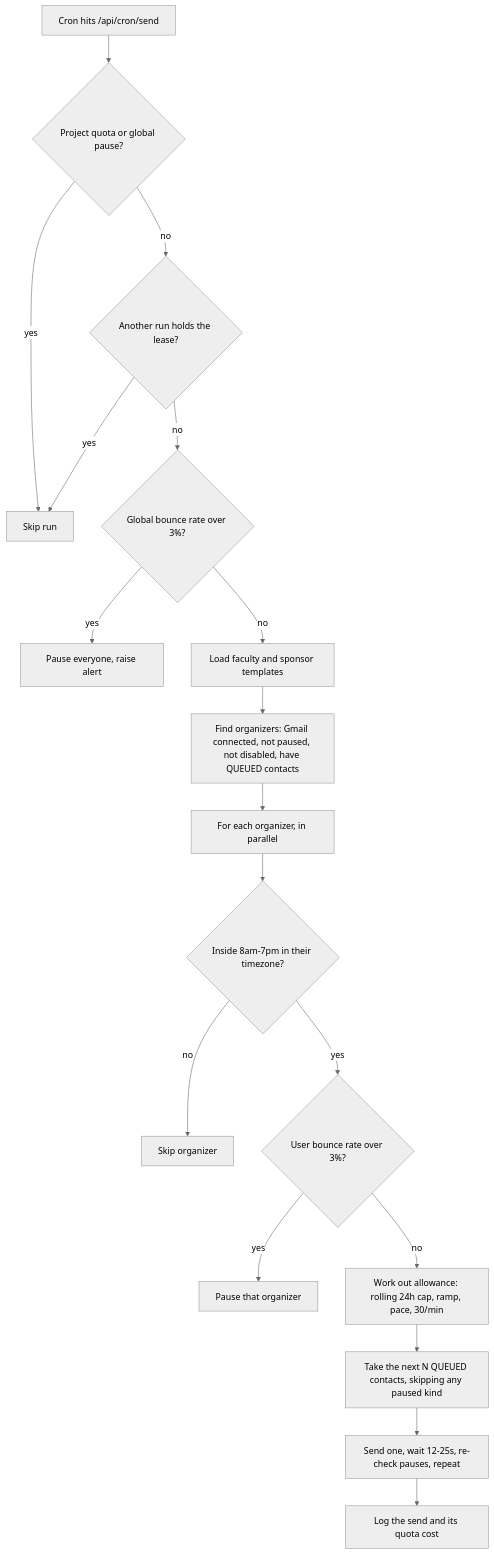
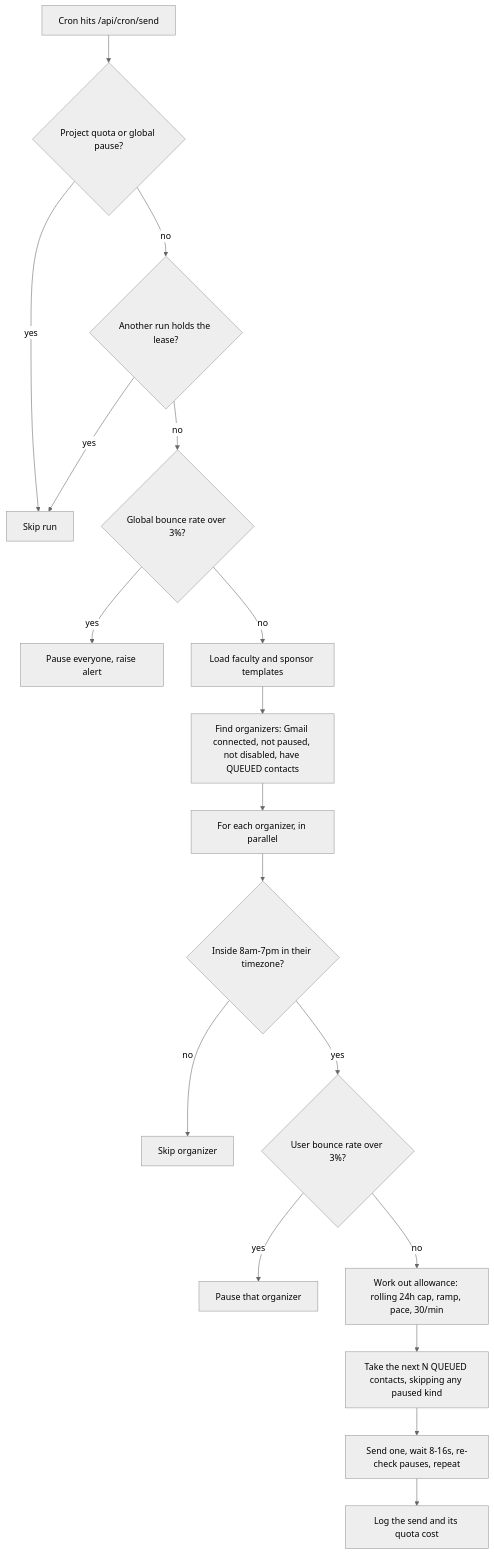
One commit to Dhivyeshp/hackutd-outreach changed the third of 6 diagrams in README.md. Above: the diagram before and after it, drawn with Mermaid (neutral theme). The commit also changed other lines of this file and 3 other files, not shown here.

````diff
--- a/README.md
+++ b/README.md
@@ -94,20 +94,20 @@
 ```mermaid
 flowchart TD
     A[Cron hits /api/cron/send] --> B{Project quota or global pause?}
     B -- yes --> Z[Skip run]
     B -- no --> C{Another run holds the lease?}
     C -- yes --> Z
     C -- no --> D{Global bounce rate over 3%?}
     D -- yes --> P[Pause everyone, raise alert]
     D -- no --> E[Load faculty and sponsor templates]
     E --> F[Find organizers: Gmail connected, not paused, not disabled, have QUEUED contacts]
     F --> G[For each organizer, in parallel]
     G --> H{Inside 8am-7pm in their timezone?}
     H -- no --> Z2[Skip organizer]
     H -- yes --> I{User bounce rate over 3%?}
     I -- yes --> P2[Pause that organizer]
     I -- no --> J["Work out allowance: rolling 24h cap, ramp, pace, 30/min"]
     J --> K["Take the next N QUEUED contacts, skipping any paused kind"]
-    K --> L[Send one, wait 12-25s, re-check pauses, repeat]
+    K --> L[Send one, wait 8-16s, re-check pauses, repeat]
     L --> M[Log the send and its quota cost]
 ```
````
